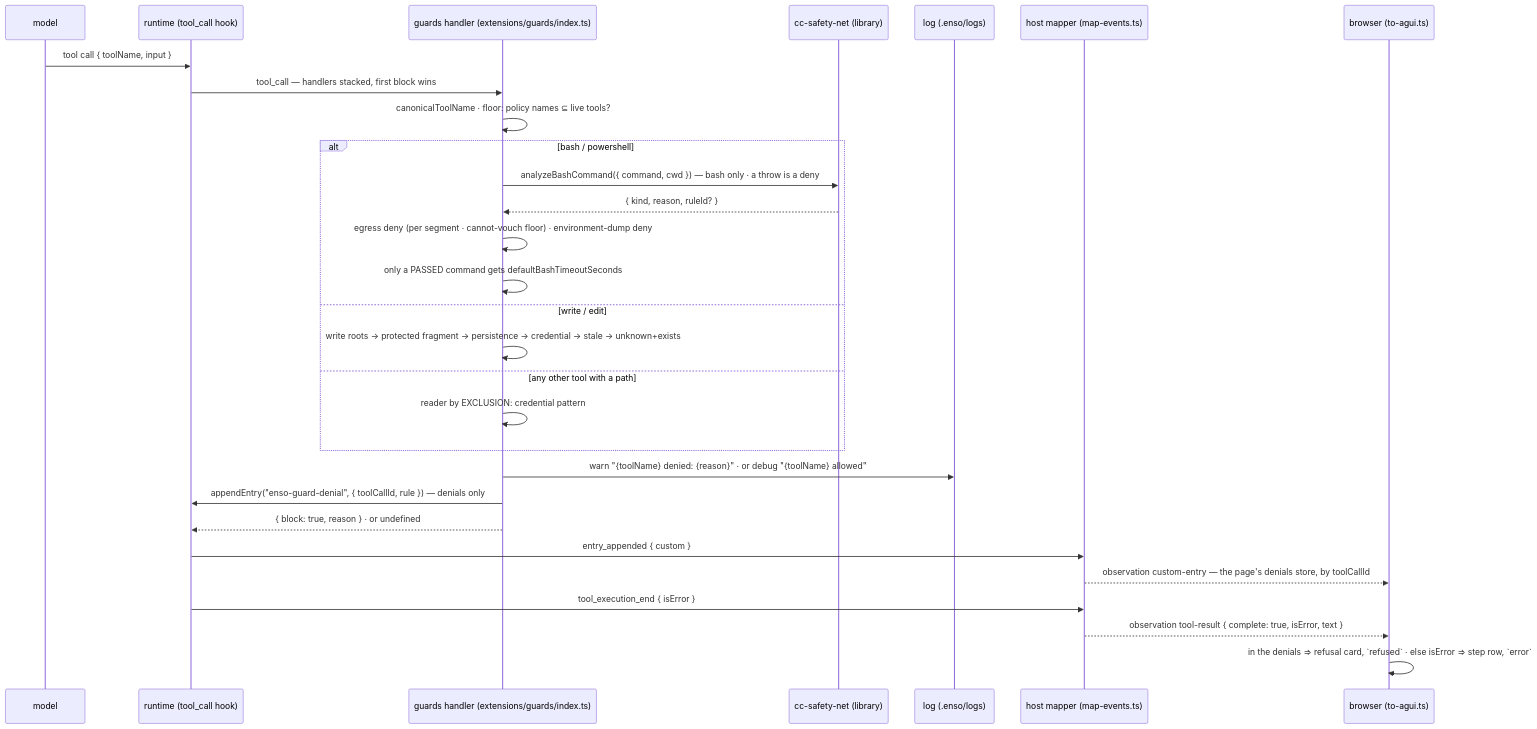
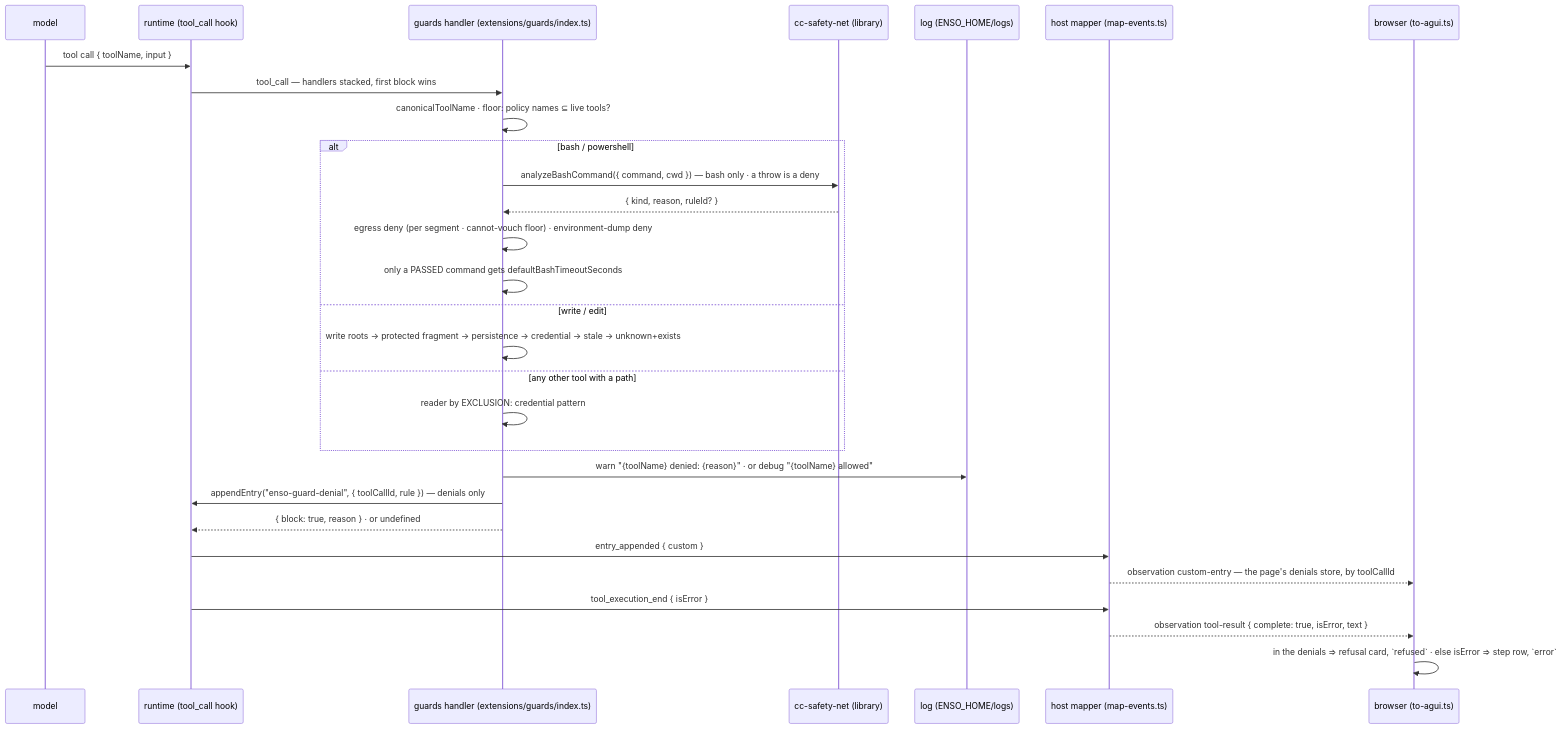
Before and after one commit to dopamine911/enso-harness: the diagram in docs/flows/guarded-tool-call.md, drawn with Mermaid. The commit also changed other lines of this file and 34 other files, not shown here.

````diff
--- a/docs/flows/guarded-tool-call.md
+++ b/docs/flows/guarded-tool-call.md
@@ -14,32 +14,32 @@
 ```mermaid
 sequenceDiagram
   participant M as model
   participant P as runtime (tool_call hook)
   participant G as guards handler (extensions/guards/index.ts)
   participant A as cc-safety-net (library)
-  participant L as log (.enso/logs)
+  participant L as log (ENSO_HOME/logs)
   participant H as host mapper (map-events.ts)
   participant B as browser (to-agui.ts)
 
   M->>P: tool call { toolName, input }
   P->>G: tool_call — handlers stacked, first block wins
   G->>G: canonicalToolName · floor: policy names ⊆ live tools?
   alt bash / powershell
     G->>A: analyzeBashCommand({ command, cwd }) — bash only · a throw is a deny
     A-->>G: { kind, reason, ruleId? }
     G->>G: egress deny (per segment · cannot-vouch floor) · environment-dump deny
     G->>G: only a PASSED command gets defaultBashTimeoutSeconds
   else write / edit
     G->>G: write roots → protected fragment → persistence → credential → stale → unknown+exists
   else any other tool with a path
     G->>G: reader by EXCLUSION: credential pattern
   end
   G->>L: warn "{toolName} denied: {reason}" · or debug "{toolName} allowed"
   G->>P: appendEntry("enso-guard-denial", { toolCallId, rule }) — denials only
   G-->>P: { block: true, reason } · or undefined
   P->>H: entry_appended { custom }
   H-->>B: observation custom-entry — the page's denials store, by toolCallId
   P->>H: tool_execution_end { isError }
   H-->>B: observation tool-result { complete: true, isError, text }
   B->>B: in the denials ⇒ refusal card, `refused` · else isError ⇒ step row, `error`
 ```
````
